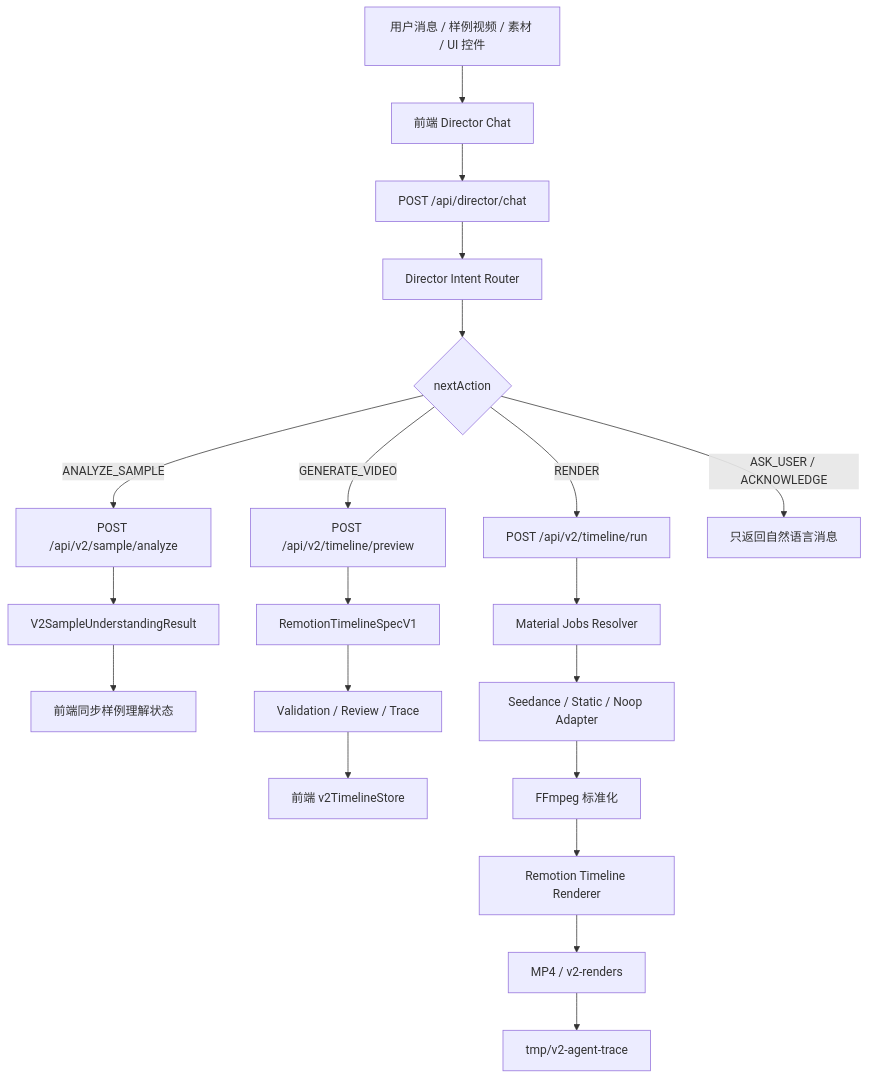
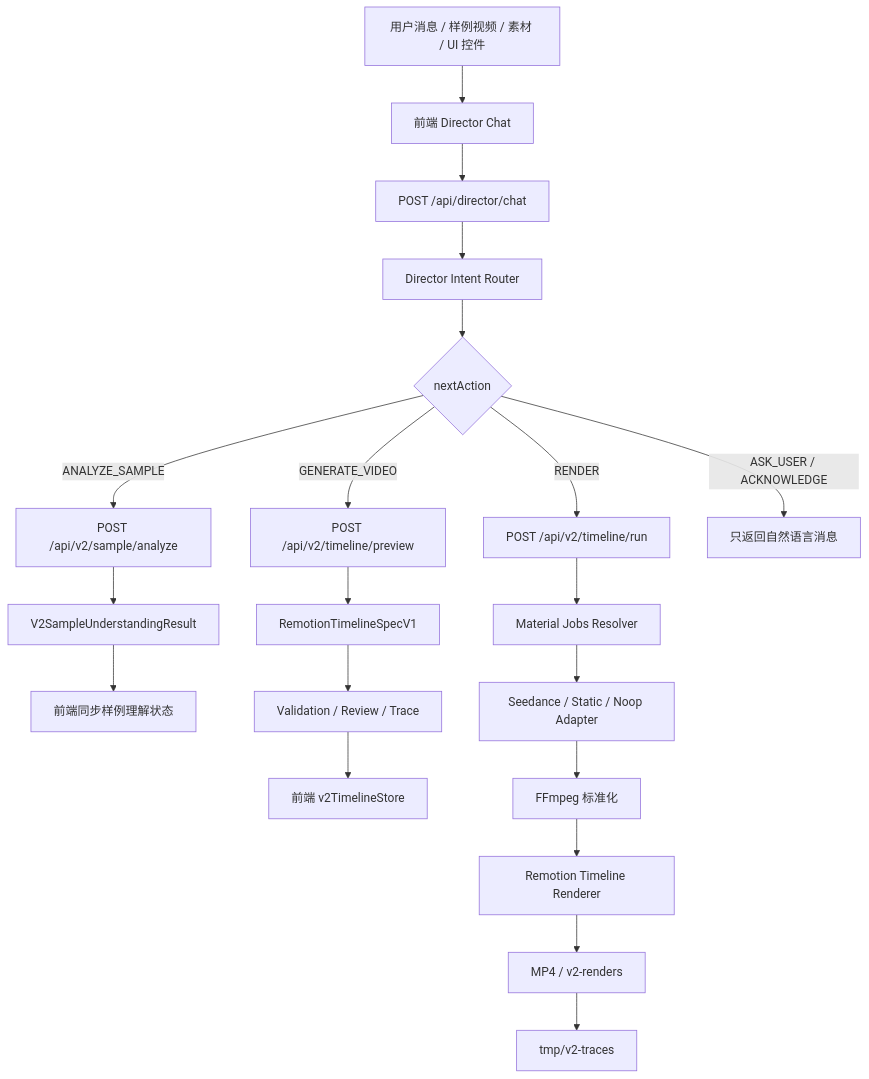
One commit to liumu2024/AUTO_Audio changed the first of 3 diagrams in PROJECT_CURRENT_STATE.md. Above: the diagram before and after it, drawn with Mermaid. The commit also changed other lines of this file and 9 other files, not shown here.

````diff
--- a/PROJECT_CURRENT_STATE.md
+++ b/PROJECT_CURRENT_STATE.md
@@ -1383,22 +1363,22 @@
 ```mermaid
 flowchart TD
   U["用户消息 / 样例视频 / 素材 / UI 控件"] --> FE["前端 Director Chat"]
   FE --> CHAT["POST /api/director/chat"]
   CHAT --> ROUTER["Director Intent Router"]
   ROUTER --> ACTION{"nextAction"}
   ACTION -->|ANALYZE_SAMPLE| SAMPLE["POST /api/v2/sample/analyze"]
   ACTION -->|GENERATE_VIDEO| PREVIEW["POST /api/v2/timeline/preview"]
   ACTION -->|RENDER| RUN["POST /api/v2/timeline/run"]
   ACTION -->|ASK_USER / ACKNOWLEDGE| MSG["只返回自然语言消息"]
   SAMPLE --> UNDERSTANDING["V2SampleUnderstandingResult"]
   UNDERSTANDING --> STORE_SAMPLE["前端同步样例理解状态"]
   PREVIEW --> SPEC["RemotionTimelineSpecV1"]
   SPEC --> REVIEW["Validation / Review / Trace"]
   REVIEW --> STORE_TIMELINE["前端 v2TimelineStore"]
   RUN --> MATERIAL["Material Jobs Resolver"]
   MATERIAL --> GEN["Seedance / Static / Noop Adapter"]
   GEN --> STD["FFmpeg 标准化"]
   STD --> REMOTION["Remotion Timeline Renderer"]
   REMOTION --> OUT["MP4 / v2-renders"]
-  OUT --> TRACE["tmp/v2-agent-trace"]
+  OUT --> TRACE["tmp/v2-traces"]
 ```
````
